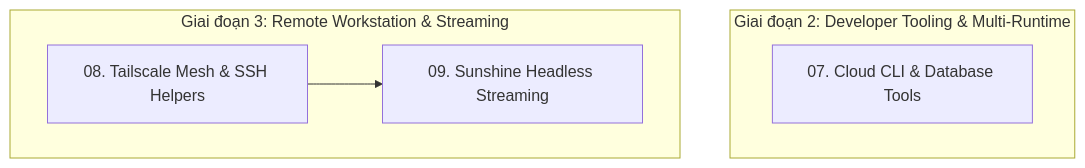
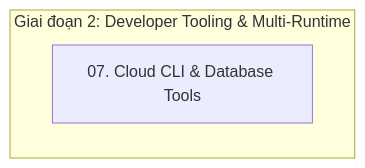
One commit to Aethries/dotfiles changed the diagram in plans/README.md. Above: the diagram before and after it, drawn with Mermaid. The commit also changed other lines of this file and 13 other files, not shown here.

Commit message:
feat(remote): implement remote workstation provisioning with tailscale, sunshine, and noctalia caffeine

````diff
--- a/plans/README.md
+++ b/plans/README.md
@@ -9,11 +9,6 @@
 ```mermaid
 flowchart TD
     subgraph G2["Giai đoạn 2: Developer Tooling & Multi-Runtime"]
         P07["07. Cloud CLI & Database Tools"]
     end
-
-    subgraph G3["Giai đoạn 3: Remote Workstation & Streaming"]
-        P08["08. Tailscale Mesh & SSH Helpers"]
-        P08 --> P09["09. Sunshine Headless Streaming"]
-    end
 ```
````
